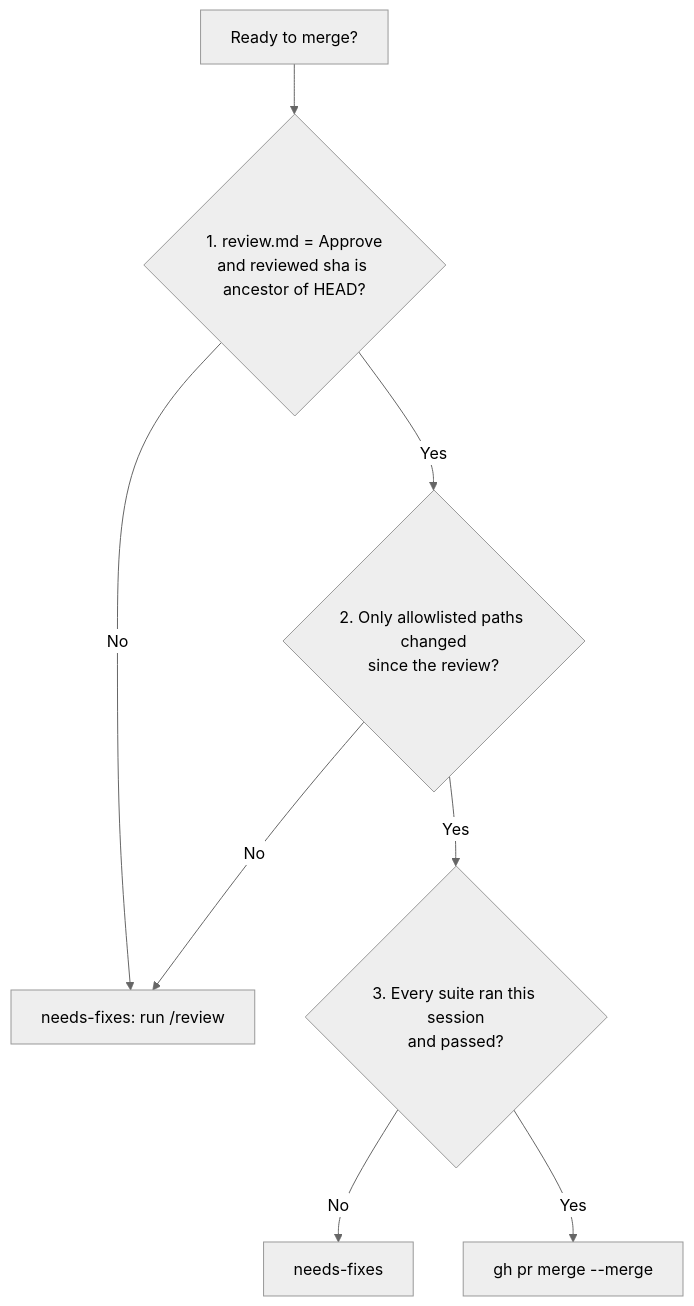
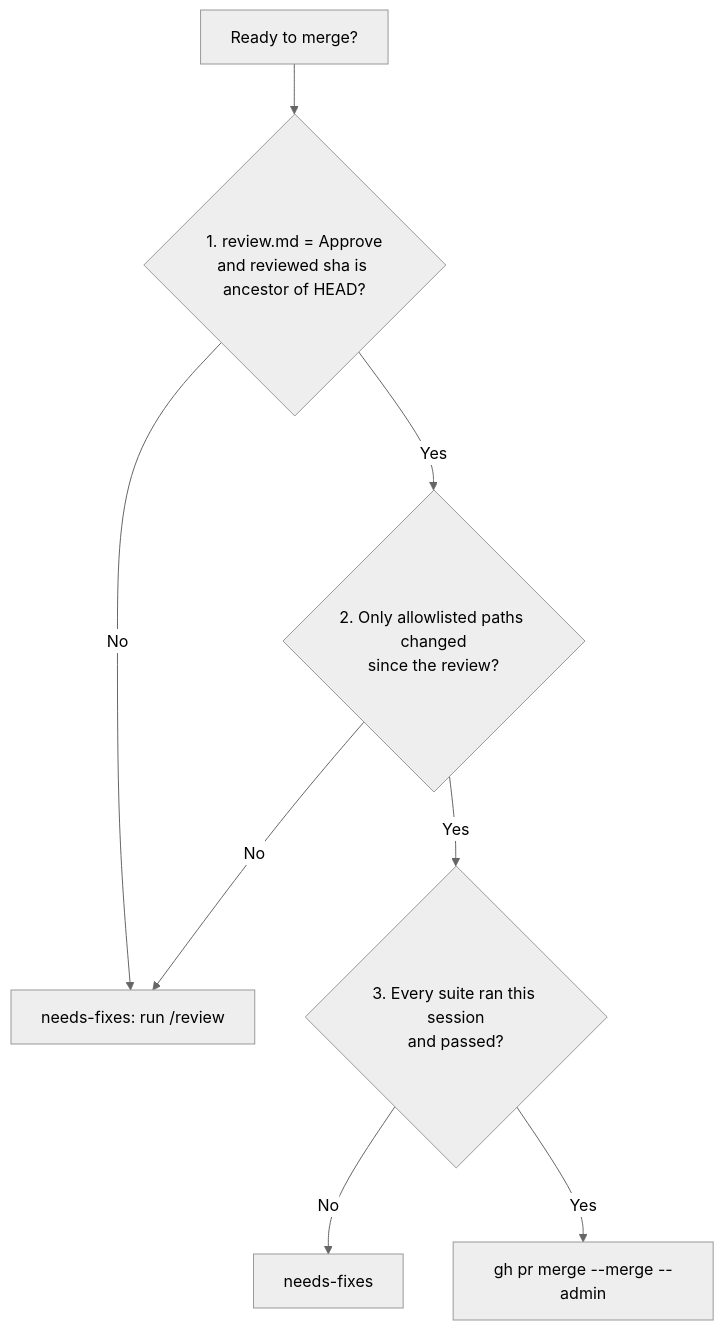
Before and after one commit to hunglu/WordBuddy: the second of 2 diagrams in docs/sdlc/workflow.md, drawn with Mermaid (neutral theme). The commit also changed other lines of this file and 3 other files, not shown here.

Commit message:
modify for Github flow process

````diff
--- a/docs/sdlc/workflow.md
+++ b/docs/sdlc/workflow.md
@@ -73,10 +73,10 @@
 ```mermaid
 flowchart TD
     A[Ready to merge?] --> B{1. review.md = Approve<br/>and reviewed sha is ancestor of HEAD?}
     B -- No --> X[needs-fixes: run /review]
     B -- Yes --> C{2. Only allowlisted paths changed<br/>since the review?}
     C -- No --> X
     C -- Yes --> D{3. Every suite ran this session<br/>and passed?}
     D -- No --> Y[needs-fixes]
-    D -- Yes --> M[gh pr merge --merge]
+    D -- Yes --> M[gh pr merge --merge --admin]
 ```
````
